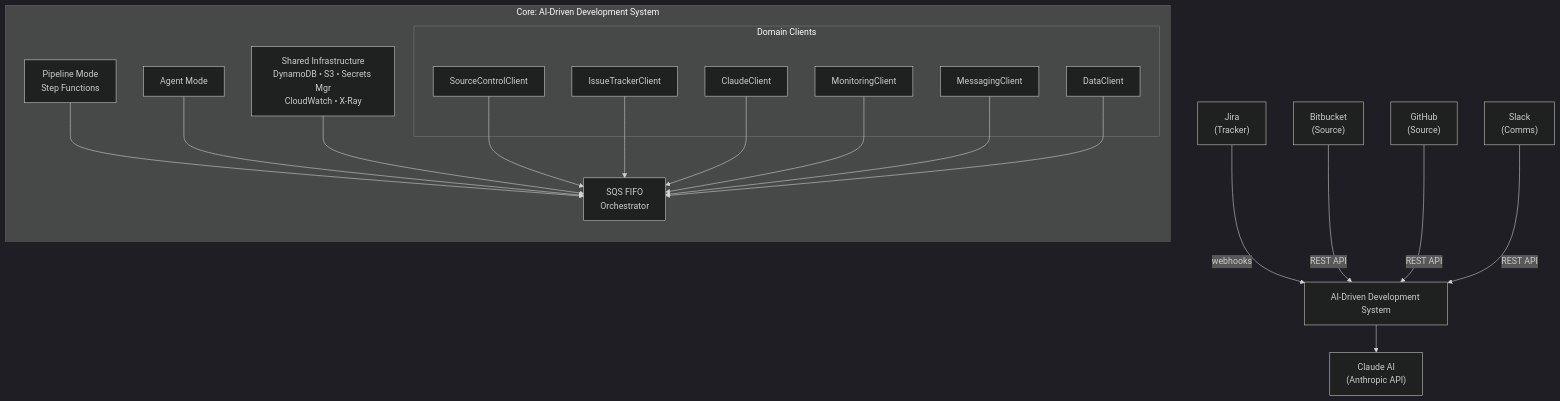
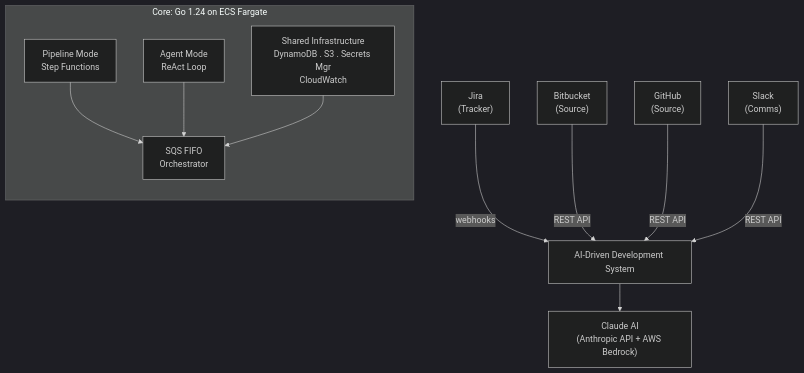
Before and after one commit to TeaSui/ai-driven: the diagram in README.md, drawn with Mermaid (dark theme). The commit also changed other lines of this file and 444 other files, not shown here.

````diff
--- a/README.md
+++ b/README.md
@@ -13,39 +13,22 @@
 ```mermaid
 graph TD
     A["Jira<br>(Tracker)"] -->|webhooks| Core["AI-Driven Development System"]
     B["Bitbucket<br>(Source)"] -->|REST API| Core
     C["GitHub<br>(Source)"] -->|REST API| Core
     D["Slack<br>(Comms)"] -->|REST API| Core
 
-    subgraph "Core: AI-Driven Development System"
+    subgraph "Core: Go 1.24 on ECS Fargate"
         direction TB
         
         P["Pipeline Mode<br>Step Functions"]
         SF["SQS FIFO<br>Orchestrator"]
-        AM["Agent Mode"]
-        SI["Shared Infrastructure<br>DynamoDB • S3 • Secrets Mgr<br>CloudWatch • X-Ray"]
+        AM["Agent Mode<br>ReAct Loop"]
+        SI["Shared Infrastructure<br>DynamoDB . S3 . Secrets Mgr<br>CloudWatch"]
 
         P --> SF
         AM --> SF
         SI --> SF
-
-        subgraph "Domain Clients"
-            SCC["SourceControlClient"]
-            ITC["IssueTrackerClient"]
-            CC["ClaudeClient"]
-            MC["MonitoringClient"]
-            MsgC["MessagingClient"]
-            DC["DataClient"]
-        end
     end
 
-    Core --> Claude["Claude AI<br>(Anthropic API)"]
-
-    %% Kết nối Domain Clients vào Orchestrator (tùy chọn, để rõ ràng hơn)
-    SCC --> SF
-    ITC --> SF
-    CC --> SF
-    MC --> SF
-    MsgC --> SF
-    DC --> SF
+    Core --> Claude["Claude AI<br>(Anthropic API + AWS Bedrock)"]
 ```
````
